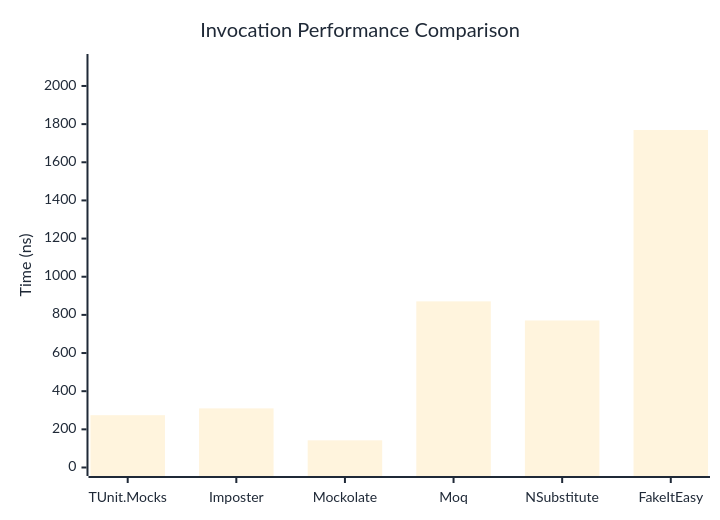
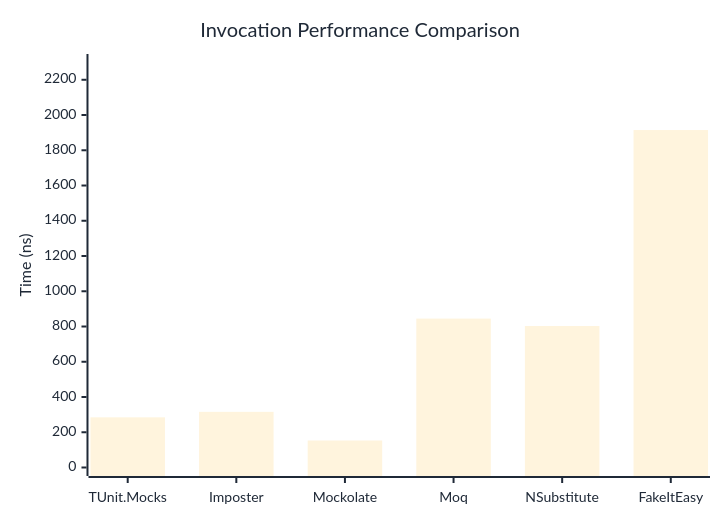
The first of 3 diagrams in docs/docs/benchmarks/mocks/Invocation.md (thomhurst/TUnit), drawn with Mermaid before and after one commit. The commit also changed other lines of this file and 14 other files, not shown here.

````diff
--- a/docs/docs/benchmarks/mocks/Invocation.md
+++ b/docs/docs/benchmarks/mocks/Invocation.md
@@ -30,27 +30,27 @@
 ```mermaid
 %%{init: {
   'theme':'base',
   'themeVariables': {
     'primaryColor': '#2563eb',
     'primaryTextColor': '#1f2937',
     'primaryBorderColor': '#1e40af',
     'lineColor': '#6b7280',
     'secondaryColor': '#7c3aed',
     'tertiaryColor': '#dc2626',
     'background': '#ffffff',
     'pie1': '#2563eb',
     'pie2': '#7c3aed',
     'pie3': '#dc2626',
     'pie4': '#f59e0b',
     'pie5': '#10b981',
     'pie6': '#06b6d4',
     'pie7': '#ec4899',
     'pie8': '#6366f1'
   }
 }}%%
 xychart-beta
   title "Invocation Performance Comparison"
   x-axis ["TUnit.Mocks", "Imposter", "Mockolate", "Moq", "NSubstitute", "FakeItEasy"]
-  y-axis "Time (ns)" 0 --> 2123
-  bar [274.2, 309.9, 142.4, 870.9, 770.7, 1769.1]
+  y-axis "Time (ns)" 0 --> 2298
+  bar [284.6, 315.8, 153.2, 844.9, 802.8, 1914.7]
 ```
````
